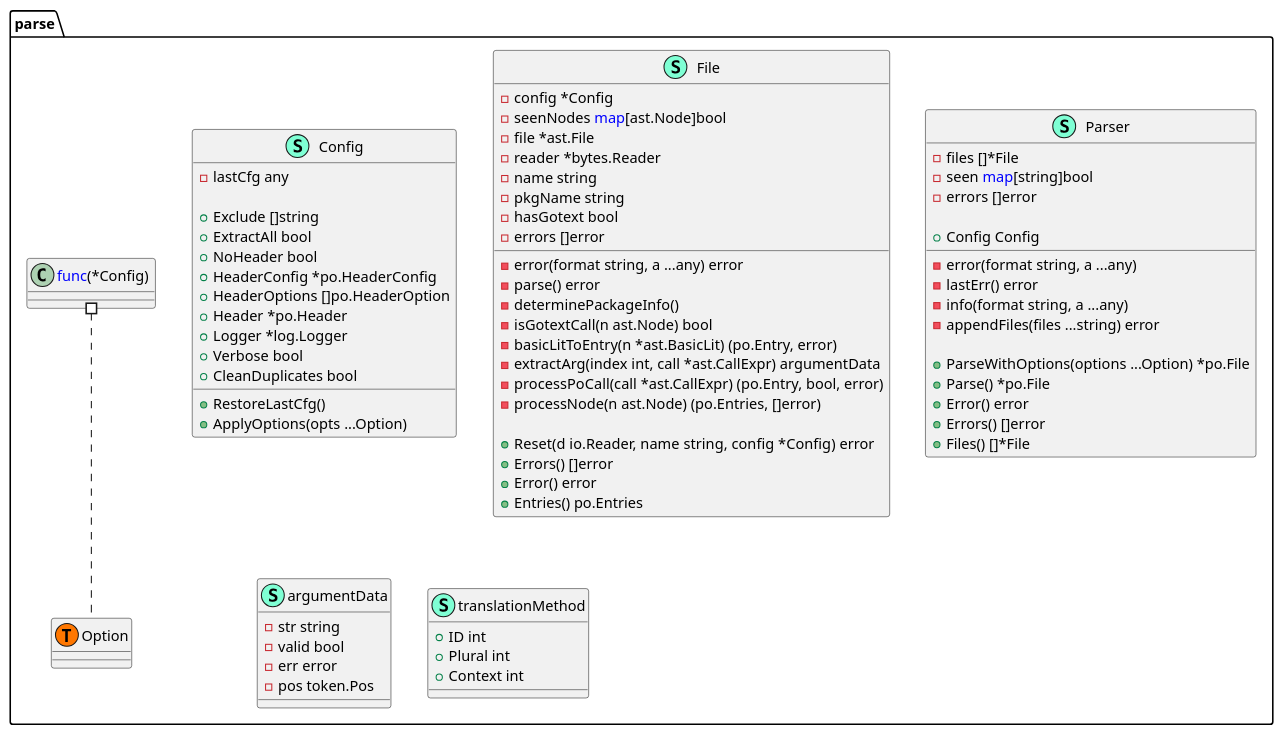
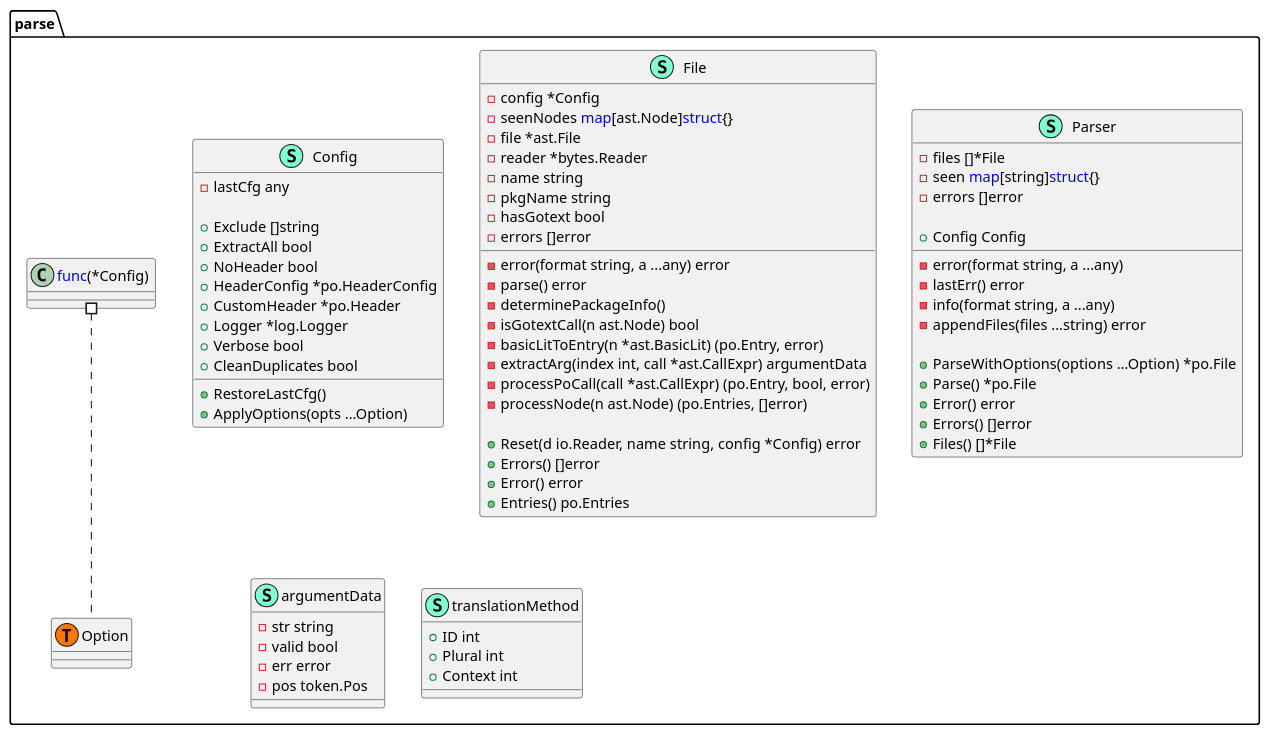
The diagram in pkg/go/parse/structure.puml (Tom5521/gotext-tools), drawn with PlantUML before and after one commit. The commit also changed 5 other files, not shown here.

```diff
--- a/pkg/go/parse/structure.puml
+++ b/pkg/go/parse/structure.puml
@@ -1,83 +1,82 @@
 @startuml
 namespace parse {
     class Config << (S,Aquamarine) >> {
         - lastCfg any
 
         + Exclude []string
         + ExtractAll bool
         + NoHeader bool
         + HeaderConfig *po.HeaderConfig
-        + HeaderOptions []po.HeaderOption
-        + Header *po.Header
+        + CustomHeader *po.Header
         + Logger *log.Logger
         + Verbose bool
         + CleanDuplicates bool
 
         + RestoreLastCfg() 
         + ApplyOptions(opts ...Option) 
 
     }
     class File << (S,Aquamarine) >> {
         - config *Config
-        - seenNodes <font color=blue>map</font>[ast.Node]bool
+        - seenNodes <font color=blue>map</font>[ast.Node]<font color=blue>struct</font>{}
         - file *ast.File
         - reader *bytes.Reader
         - name string
         - pkgName string
         - hasGotext bool
         - errors []error
 
         - error(format string, a ...any) error
         - parse() error
         - determinePackageInfo() 
         - isGotextCall(n ast.Node) bool
         - basicLitToEntry(n *ast.BasicLit) (po.Entry, error)
         - extractArg(index int, call *ast.CallExpr) argumentData
         - processPoCall(call *ast.CallExpr) (po.Entry, bool, error)
         - processNode(n ast.Node) (po.Entries, []error)
 
         + Reset(d io.Reader, name string, config *Config) error
         + Errors() []error
         + Error() error
         + Entries() po.Entries
 
     }
     class Parser << (S,Aquamarine) >> {
         - files []*File
-        - seen <font color=blue>map</font>[string]bool
+        - seen <font color=blue>map</font>[string]<font color=blue>struct</font>{}
         - errors []error
 
         + Config Config
 
         - error(format string, a ...any) 
         - lastErr() error
         - info(format string, a ...any) 
         - appendFiles(files ...string) error
 
         + ParseWithOptions(options ...Option) *po.File
         + Parse() *po.File
         + Error() error
         + Errors() []error
         + Files() []*File
 
     }
     class argumentData << (S,Aquamarine) >> {
         - str string
         - valid bool
         - err error
         - pos token.Pos
 
     }
     class parse.Option << (T, #FF7700) >>  {
     }
     class translationMethod << (S,Aquamarine) >> {
         + ID int
         + Plural int
         + Context int
 
     }
 }
 
 
 "parse.<font color=blue>func</font>(*Config) " #.. "parse.Option"
 @enduml
```
